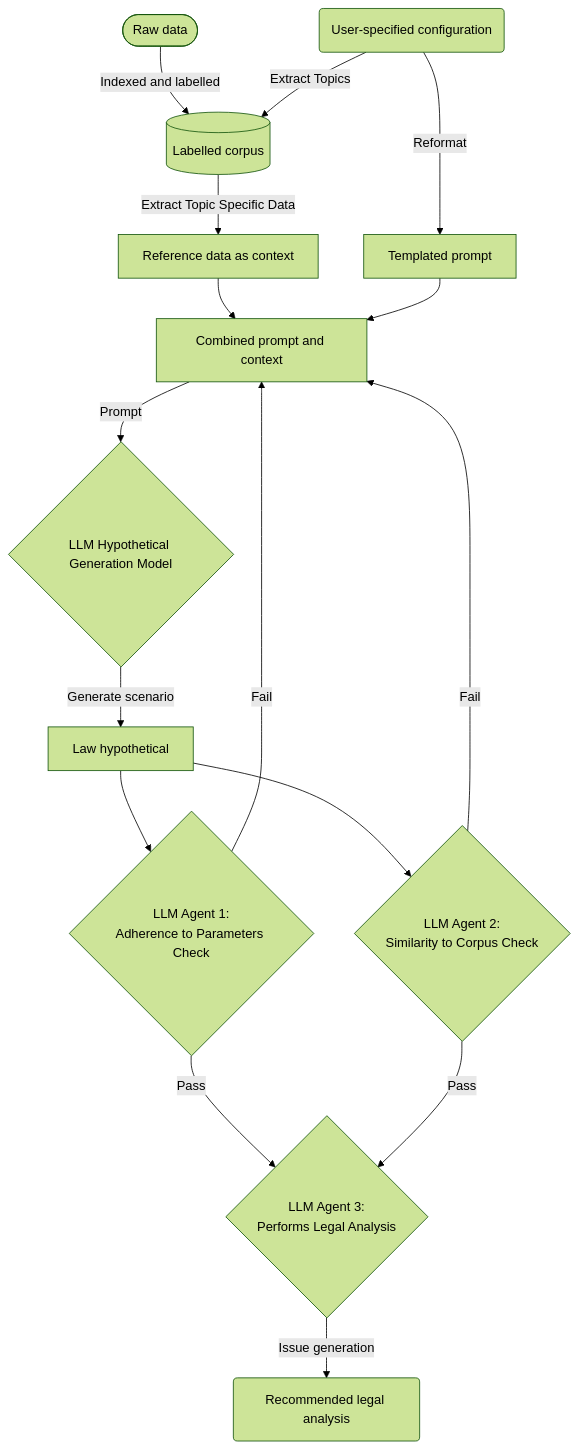
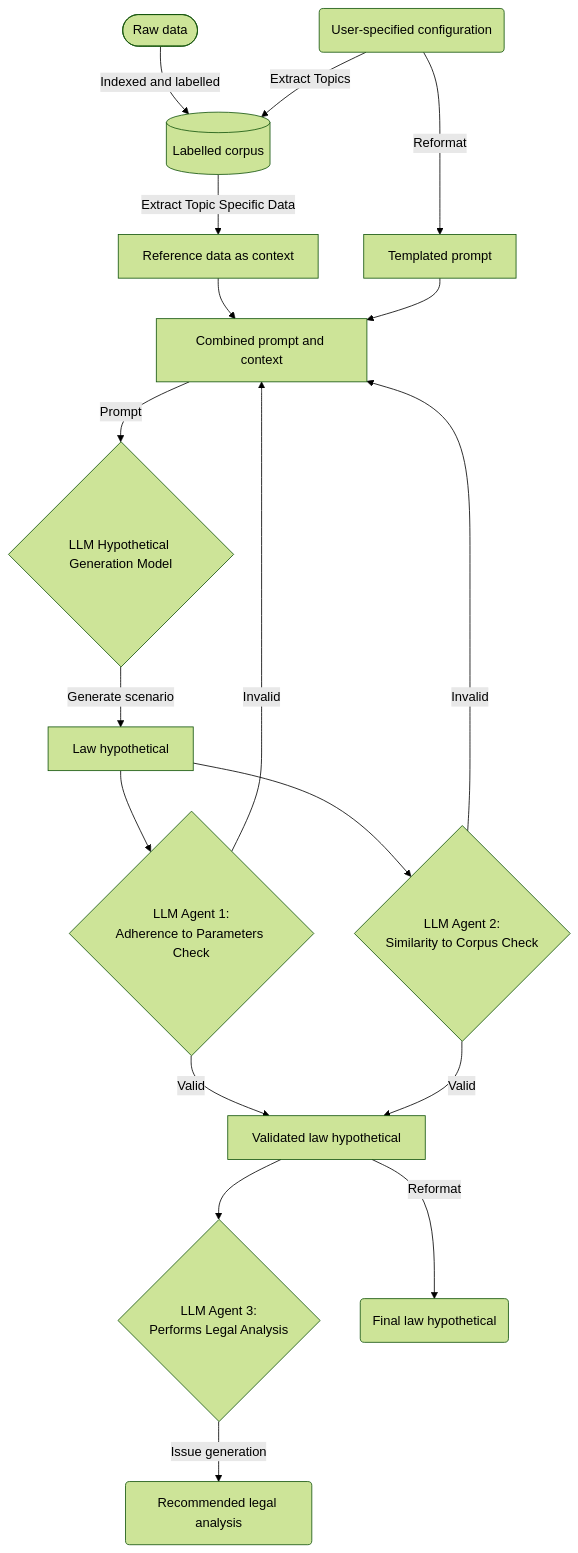
The diagram in README.md (gongahkia/jikai), drawn with Mermaid (forest theme) before and after one commit.

Commit message:
updated workflow

````diff
--- a/README.md
+++ b/README.md
@@ -9,18 +9,20 @@
 ```mermaid
 graph TD
     Z([Raw data]) -->|Indexed and labelled| A
     A[(Labelled corpus)] -->|Extract Topic Specific Data|B
     Y(User-specified configuration) -->|Extract Topics|A
     B[Reference data as context] --> M
     Y -->|Reformat| U
     U[Templated prompt] --> M[Combined prompt and context]
     M -->|Prompt| C{LLM Hypothetical Generation Model}
     C -->|Generate scenario| X[Law hypothetical]
     X --> D{LLM Agent 1:<br>Adherence to Parameters Check}
     X --> E{LLM Agent 2:<br>Similarity to Corpus Check}
-    D -->|Pass| F{LLM Agent 3:<br>Performs Legal Analysis}
-    E -->|Pass| F
-    D -->|Fail| M
-    E -->|Fail| M
+    D -->|Valid| W[Validated law hypothetical]
+    E -->|Valid| W
+    W --> F{LLM Agent 3:<br>Performs Legal Analysis}
+    W -->|Reformat| V(Final law hypothetical)
+    D -->|Invalid| M
+    E -->|Invalid| M
     F -->|Issue generation| G(Recommended legal analysis)
 ```
````
